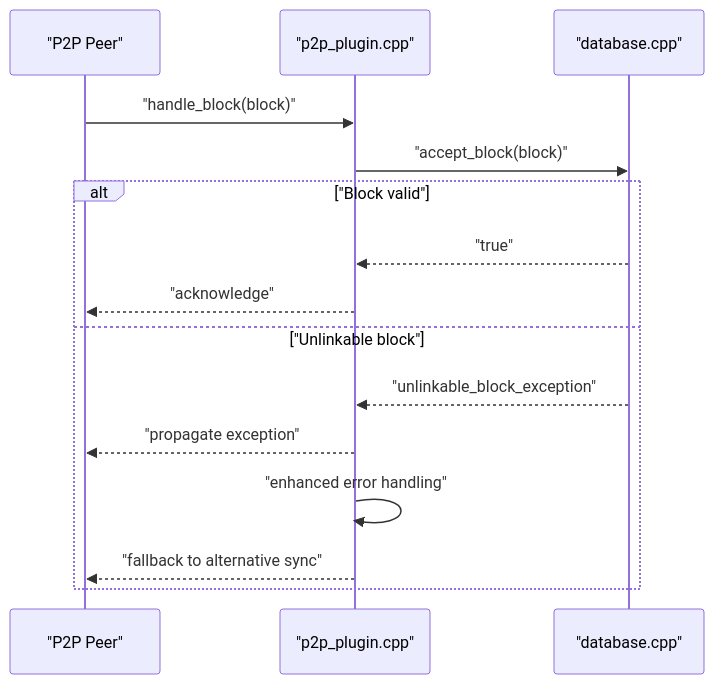
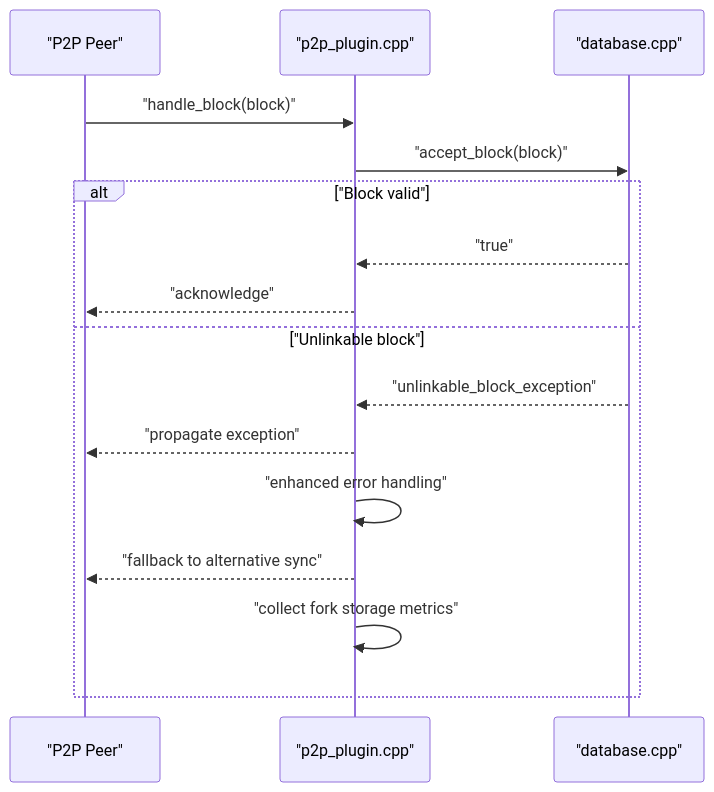
Diagram 11 of 20 in .qoder/repowiki/en/content/Architecture Overview/Core Libraries/Chain Library/Fork Resolution and Consensus.md (VIZ-Blockchain/viz-cpp-node), drawn with Mermaid before and after one commit. The commit also changed other lines of this file and 7 other files, not shown here.

````diff
--- a/.qoder/repowiki/en/content/Architecture Overview/Core Libraries/Chain Library/Fork Resolution and Consensus.md
+++ b/.qoder/repowiki/en/content/Architecture Overview/Core Libraries/Chain Library/Fork Resolution and Consensus.md
@@ -550,17 +575,18 @@
 ```mermaid
 sequenceDiagram
 participant Peer as "P2P Peer"
 participant P2P as "p2p_plugin.cpp"
 participant DB as "database.cpp"
 Peer->>P2P : "handle_block(block)"
 P2P->>DB : "accept_block(block)"
 alt "Block valid"
 DB-->>P2P : "true"
 P2P-->>Peer : "acknowledge"
 else "Unlinkable block"
 DB-->>P2P : "unlinkable_block_exception"
 P2P-->>Peer : "propagate exception"
 P2P->>P2P : "enhanced error handling"
 P2P-->>Peer : "fallback to alternative sync"
+P2P->>P2P : "collect fork storage metrics"
 end
 ```
````
